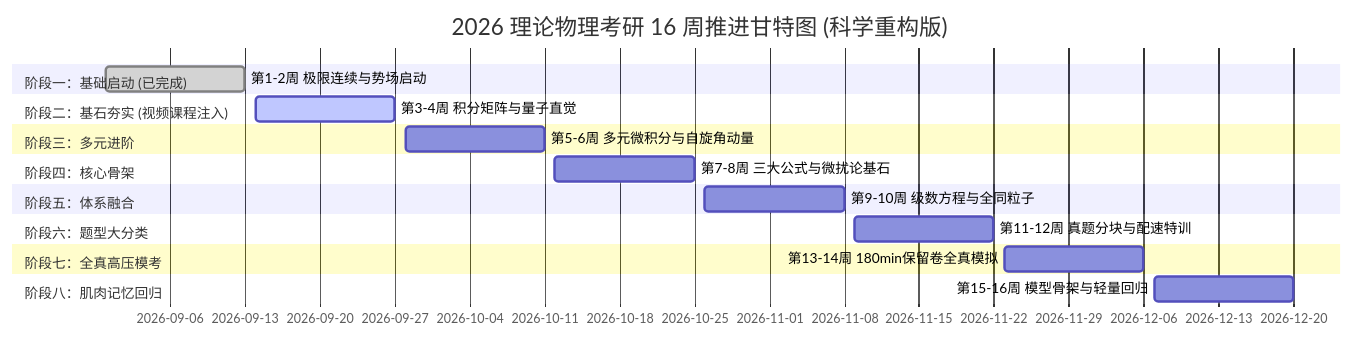
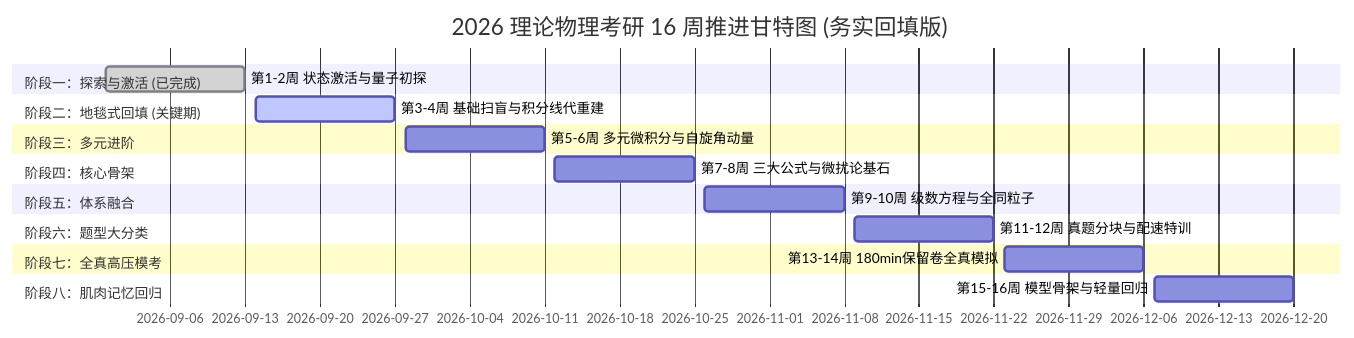
One commit to jerry-pig/Jerry_Pig_GoGoGo changed the diagram in 00_Dashboard_作战指挥中心/01_16周推进总览_Milestones.md. Above: the diagram before and after it, drawn with Mermaid. The commit also changed other lines of this file, not shown here.

````diff
--- a/00_Dashboard_作战指挥中心/01_16周推进总览_Milestones.md
+++ b/00_Dashboard_作战指挥中心/01_16周推进总览_Milestones.md
@@ -11,21 +11,21 @@
 ```mermaid
 gantt
-    title 2026 理论物理考研 16 周推进甘特图 (科学重构版)
+    title 2026 理论物理考研 16 周推进甘特图 (务实回填版)
     dateFormat  YYYY-MM-DD
-    section 阶段一：基础启动 (已完成)
-    第1-2周 极限连续与势场启动     :done, 2026-08-31, 2026-09-13
-    section 阶段二：基石夯实 (视频课程注入)
-    第3-4周 积分矩阵与量子直觉      :active, 2026-09-14, 2026-09-27
+    section 阶段一：探索与激活 (已完成)
+    第1-2周 状态激活与量子初探     :done, 2026-08-31, 2026-09-13
+    section 阶段二：地毯式回填 (关键期)
+    第3-4周 基础扫盲与积分线代重建  :active, 2026-09-14, 2026-09-27
     section 阶段三：多元进阶
     第5-6周 多元微积分与自旋角动量   :2026-09-28, 2026-10-11
     section 阶段四：核心骨架
     第7-8周 三大公式与微扰论基石     :2026-10-12, 2026-10-25
     section 阶段五：体系融合
     第9-10周 级数方程与全同粒子      :2026-10-26, 2026-11-08
     section 阶段六：题型大分类
     第11-12周 真题分块与配速特训     :2026-11-09, 2026-11-22
     section 阶段七：全真高压模考
     第13-14周 180min保留卷全真模拟   :2026-11-23, 2026-12-06
     section 阶段八：肌肉记忆回归
     第15-16周 模型骨架与轻量回归     :2026-12-07, 2026-12-20
 ```
````
